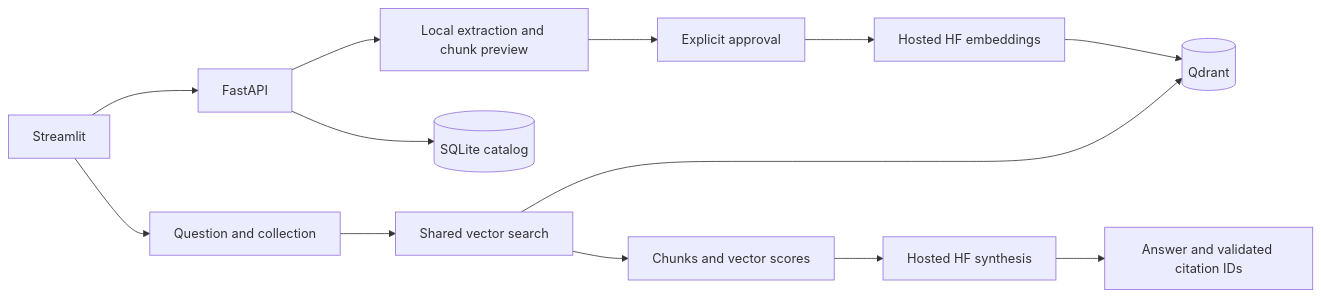
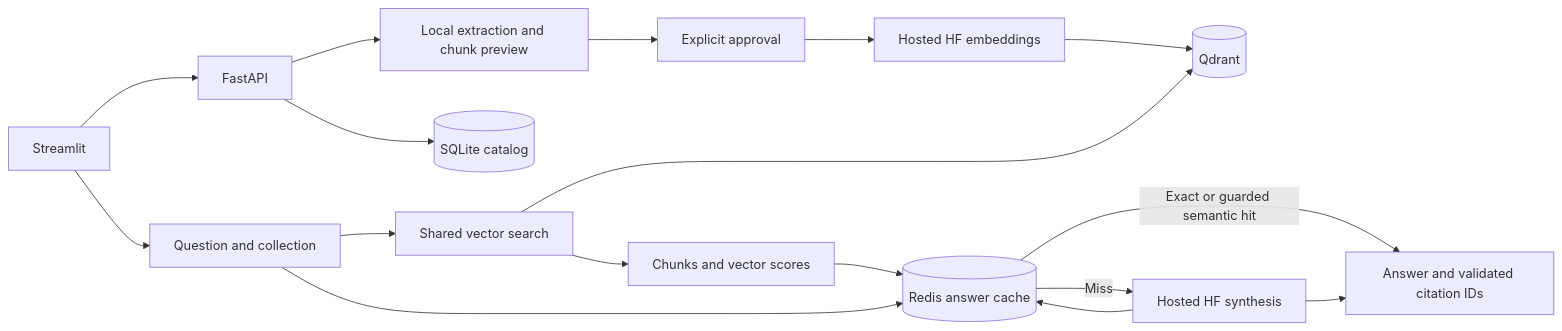
One commit to Shotza247/OpenSource-RAG-Template changed the diagram in docs/ui-testing.md. Above: the diagram before and after it, drawn with Mermaid. The commit also changed other lines of this file and 9 other files, not shown here.

Commit message:
docs: refresh semantic cache architecture and roadmap

````diff
--- a/docs/ui-testing.md
+++ b/docs/ui-testing.md
@@ -77,15 +71,19 @@
 ```mermaid
 flowchart LR
     UI[Streamlit] --> API[FastAPI]
     API --> Preview[Local extraction and chunk preview]
     Preview --> Approval[Explicit approval]
     Approval --> HF[Hosted HF embeddings]
     HF --> Q[(Qdrant)]
     API --> Catalog[(SQLite catalog)]
     UI --> Query[Question and collection]
     Query --> Search[Shared vector search]
     Search --> Q
     Search --> Matches[Chunks and vector scores]
-    Matches --> LLM[Hosted HF synthesis]
+    Query --> Redis[(Redis answer cache)]
+    Matches --> Redis
+    Redis -->|Exact or guarded semantic hit| Citations
+    Redis -->|Miss| LLM[Hosted HF synthesis]
     LLM --> Citations[Answer and validated citation IDs]
+    LLM --> Redis
 ```
````
